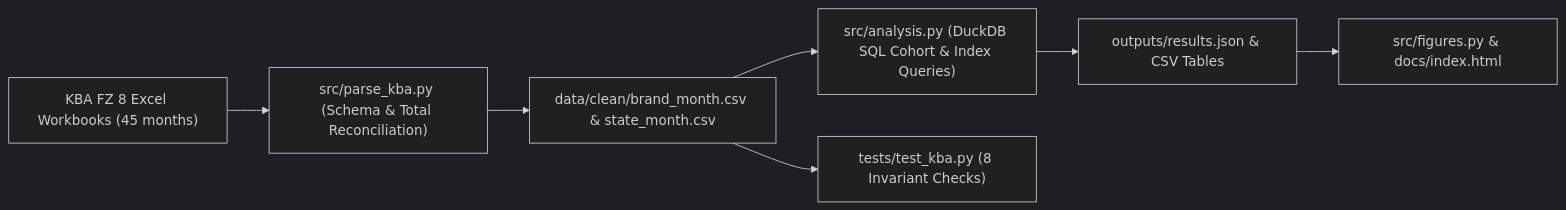
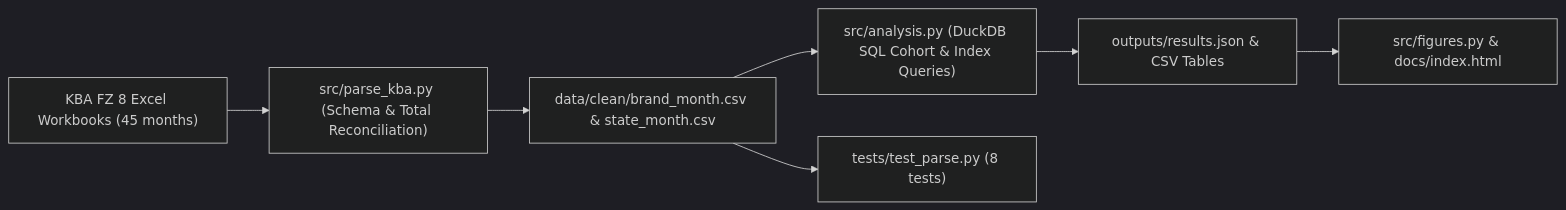
Before and after one commit to MyNameIsZorojuro15/germany-ev-shift: the diagram in README.md, drawn with Mermaid (dark theme). The commit also changed other lines of this file, not shown here.

Commit message:
README: describe the 8 tests in tests/test_parse.py accurately

````diff
--- a/README.md
+++ b/README.md
@@ -13,9 +13,9 @@
 ```mermaid
 flowchart LR
     A["KBA FZ 8 Excel Workbooks (45 months)"] --> B["src/parse_kba.py (Schema & Total Reconciliation)"]
     B --> C["data/clean/brand_month.csv & state_month.csv"]
     C --> D["src/analysis.py (DuckDB SQL Cohort & Index Queries)"]
     D --> E["outputs/results.json & CSV Tables"]
     E --> F["src/figures.py & docs/index.html"]
-    C --> G["tests/test_kba.py (8 Invariant Checks)"]
+    C --> G["tests/test_parse.py (8 tests)"]
 ```
````
